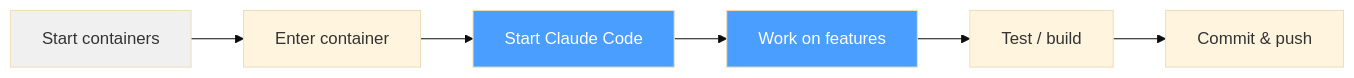
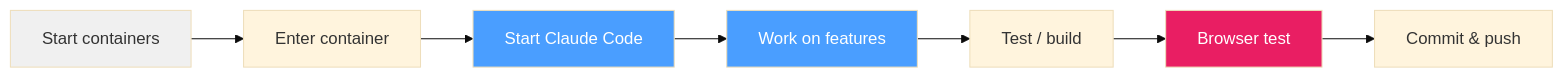
Before and after one commit to MemberJunction/MJ: the third of 7 diagrams in docker/workbench/README.md, drawn with Mermaid (base theme). The commit also changed other lines of this file and 9 other files, not shown here.

````diff
--- a/docker/workbench/README.md
+++ b/docker/workbench/README.md
@@ -146,12 +189,14 @@
 ```mermaid
 graph LR
     A[Start containers] --> B[Enter container]
     B --> C[Start Claude Code]
     C --> D[Work on features]
     D --> E[Test / build]
-    E --> F[Commit & push]
+    E --> F[Browser test]
+    F --> G[Commit & push]
 
     style A fill:#f0f0f0,color:#333
     style C fill:#4a9eff,color:#fff
     style D fill:#4a9eff,color:#fff
+    style F fill:#e91e63,color:#fff
 ```
````
